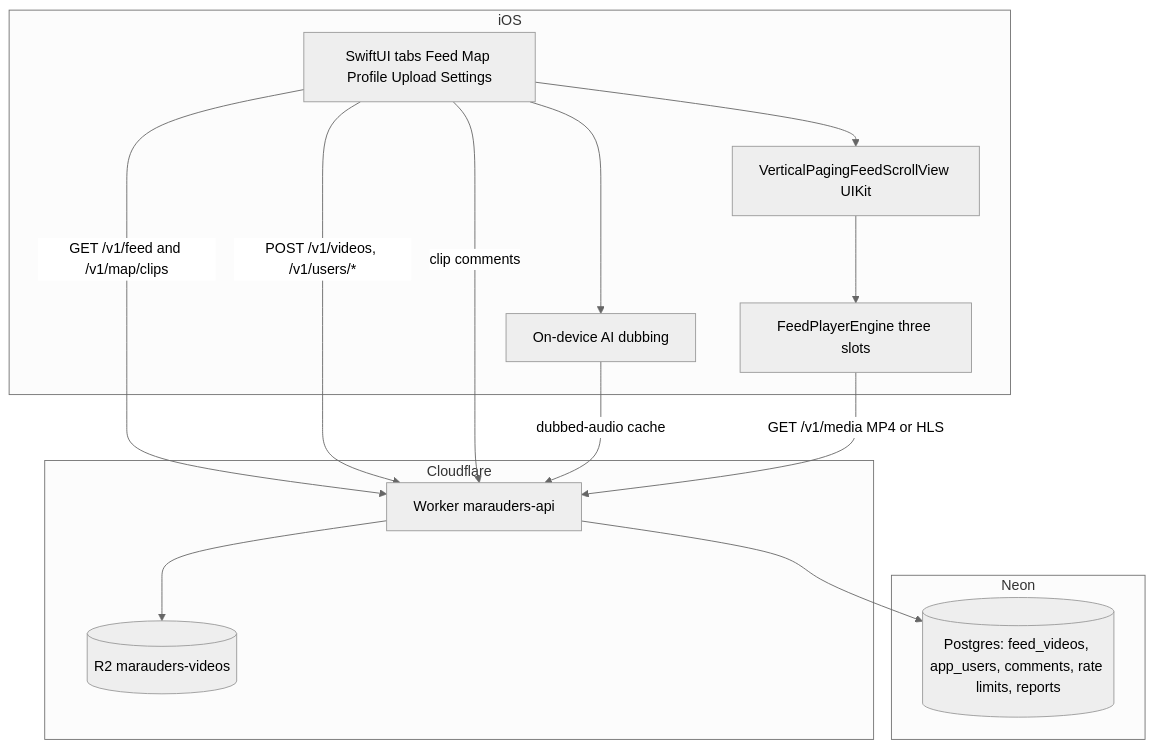
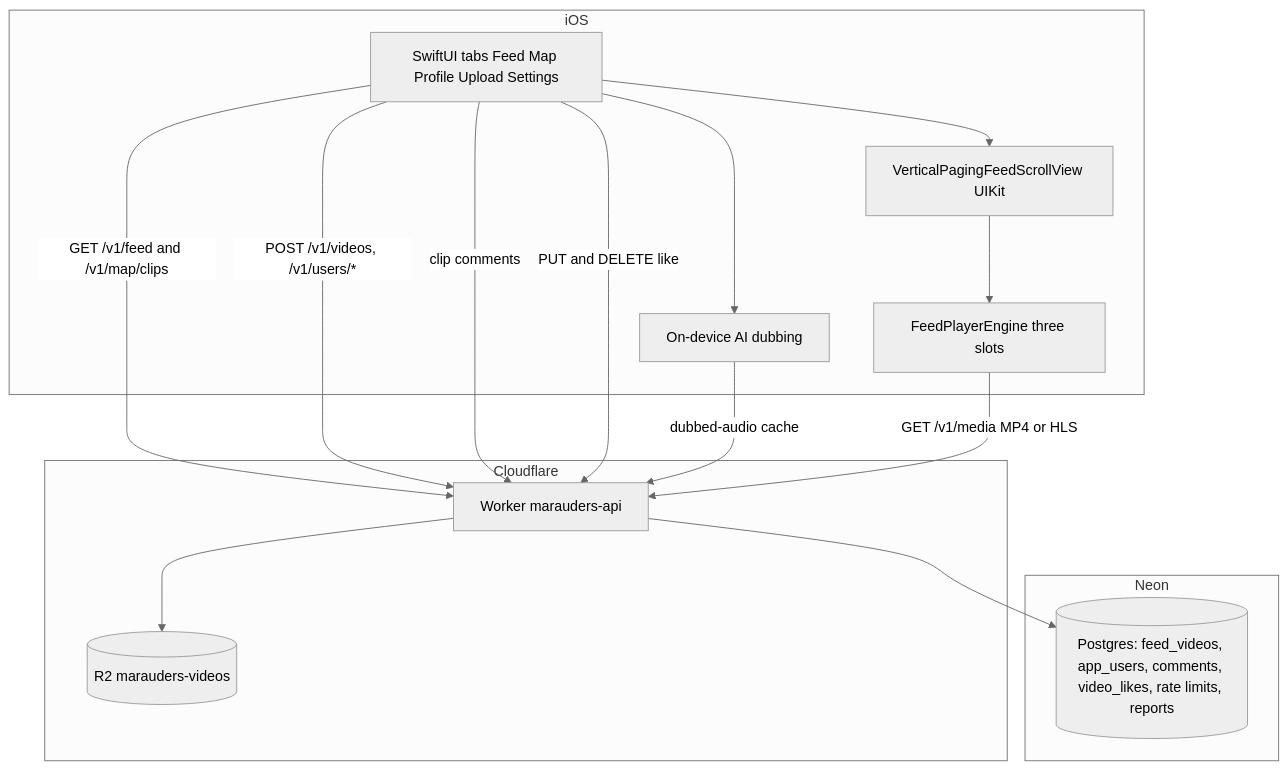
The first of 7 diagrams in ARCHITECTURE.md (SomsakGitHub/Marauders), drawn with Mermaid (neutral theme) before and after one commit. The commit also changed other lines of this file and 11 other files, not shown here.

````diff
--- a/ARCHITECTURE.md
+++ b/ARCHITECTURE.md
@@ -9,29 +9,30 @@
 ```mermaid
 flowchart TB
   subgraph ios [iOS]
     UI[SwiftUI tabs Feed Map Profile Upload Settings]
     Paging[VerticalPagingFeedScrollView UIKit]
     Engine[FeedPlayerEngine three slots]
     Dub[On-device AI dubbing]
     UI --> Paging
     Paging --> Engine
     UI --> Dub
   end
 
   subgraph cf [Cloudflare]
     API[Worker marauders-api]
     R2[(R2 marauders-videos)]
   end
 
   subgraph neon [Neon]
-    DB[(Postgres: feed_videos, app_users, comments, rate limits, reports)]
+    DB[(Postgres: feed_videos, app_users, comments, video_likes, rate limits, reports)]
   end
 
   UI -->|GET /v1/feed and /v1/map/clips| API
   UI -->|POST /v1/videos, /v1/users/*| API
   UI -->|clip comments| API
+  UI -->|PUT and DELETE like| API
   Dub -->|dubbed-audio cache| API
   Engine -->|GET /v1/media MP4 or HLS| API
   API --> DB
   API --> R2
 ```
````
